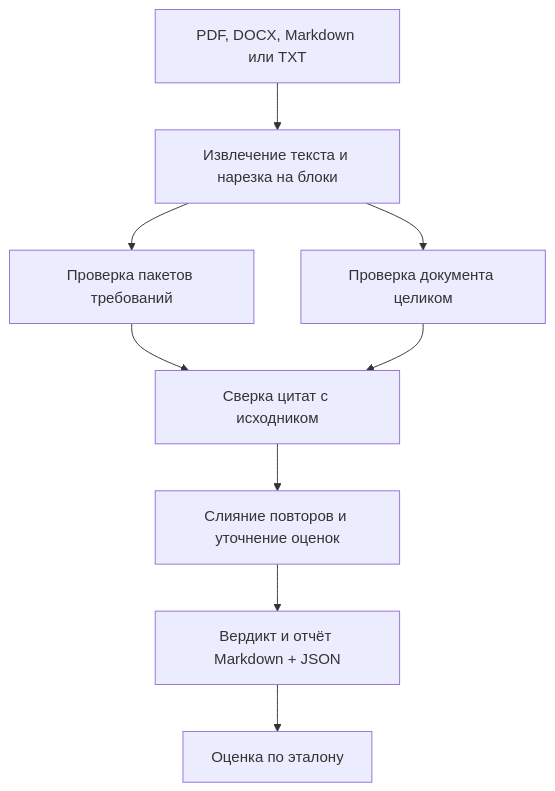
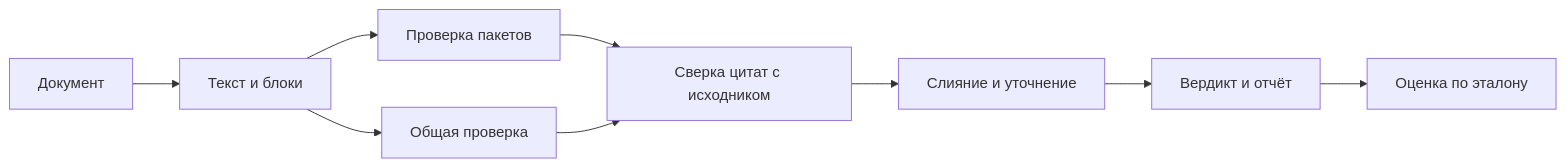
One commit to beriktassuly/requirements-validator changed the first of 2 diagrams in README.md. Above: the diagram before and after it, drawn with Mermaid. The commit also changed other lines of this file, not shown here.

Commit message:
docs: make release diagrams compact

````diff
--- a/README.md
+++ b/README.md
@@ -35,11 +35,11 @@
 ```mermaid
-flowchart TD
-  A["PDF, DOCX, Markdown или TXT"] --> B["Извлечение текста и нарезка на блоки"]
-  B --> C["Проверка пакетов требований"]
-  B --> D["Проверка документа целиком"]
+flowchart LR
+  A["Документ"] --> B["Текст и блоки"]
+  B --> C["Проверка пакетов"]
+  B --> D["Общая проверка"]
   C --> E["Сверка цитат с исходником"]
   D --> E
-  E --> F["Слияние повторов и уточнение оценок"]
-  F --> G["Вердикт и отчёт Markdown + JSON"]
+  E --> F["Слияние и уточнение"]
+  F --> G["Вердикт и отчёт"]
   G --> H["Оценка по эталону"]
 ```
````
